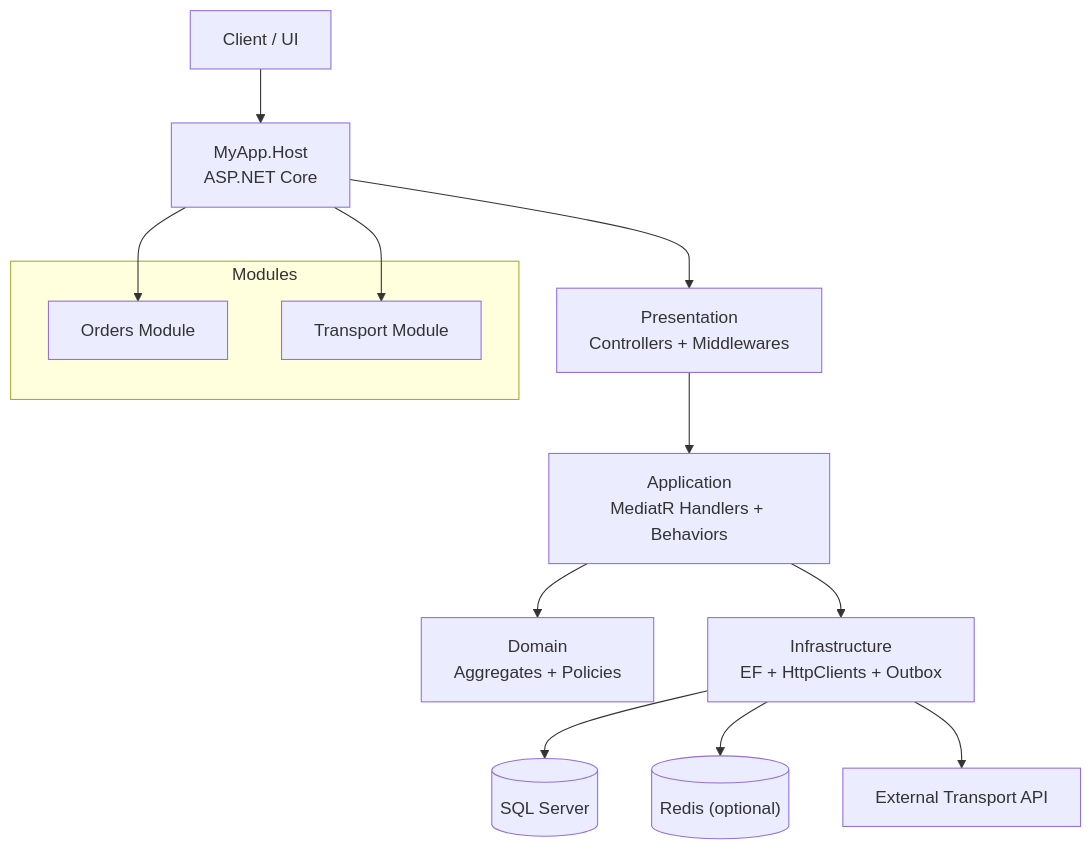
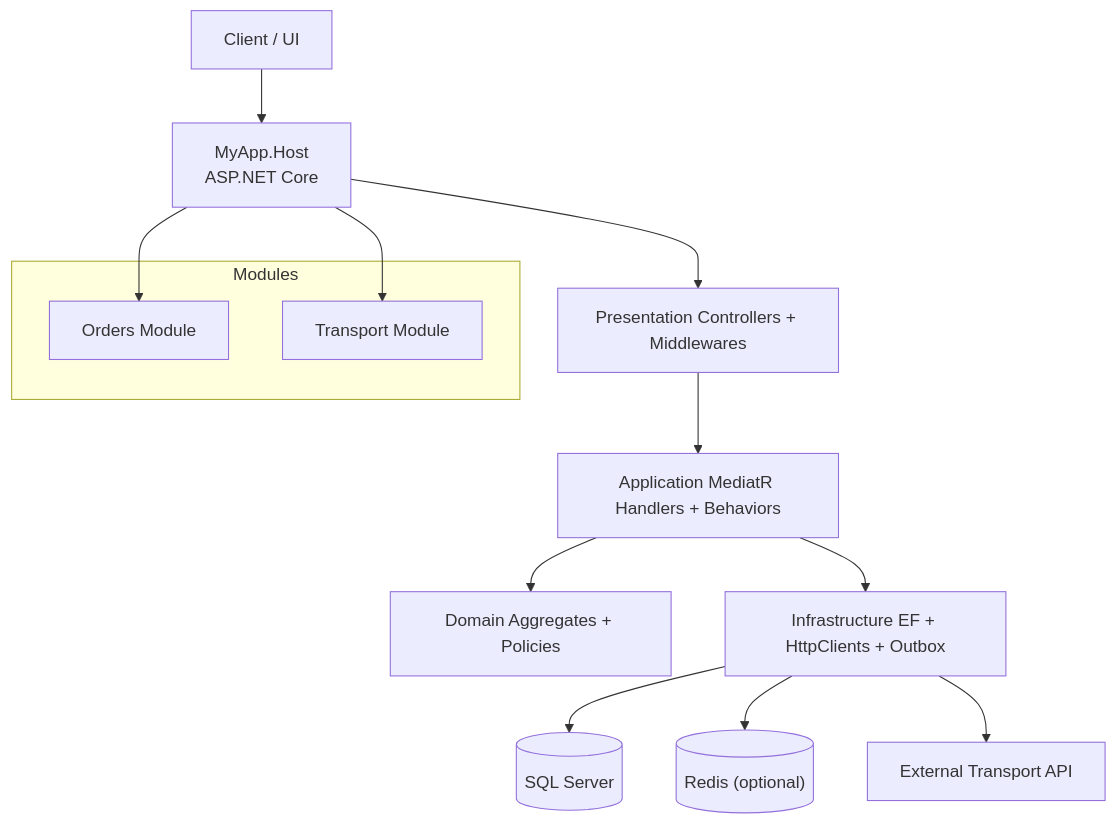
The first of 3 diagrams in README.md (Radseq/myapp-clean-architecture-template), drawn with Mermaid before and after one commit.

Commit message:
Fix formatting in flowchart section of README

````diff
--- a/README.md
+++ b/README.md
@@ -121,21 +121,21 @@
 ```mermaid
 flowchart TB
   user["Client / UI"] --> api["MyApp.Host\nASP.NET Core"]
 
-  api --> pres["Presentation\nControllers + Middlewares"]
-  pres --> app["Application\nMediatR Handlers + Behaviors"]
-  app --> dom["Domain\nAggregates + Policies"]
-  app --> infra["Infrastructure\nEF + HttpClients + Outbox"]
+  api --> pres["Presentation Controllers + Middlewares"]
+  pres --> app["Application MediatR Handlers + Behaviors"]
+  app --> dom["Domain Aggregates + Policies"]
+  app --> infra["Infrastructure EF + HttpClients + Outbox"]
 
   infra --> db[("SQL Server")]
   infra --> redis[("Redis (optional)")]
   infra --> transport["External Transport API"]
 
   subgraph Modules
     orders["Orders Module"]
     transportM["Transport Module"]
   end
 
   api --> orders
   api --> transportM
 ```
````
